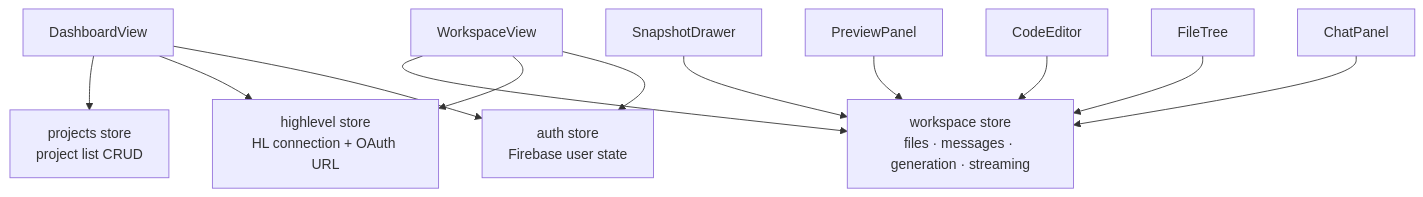
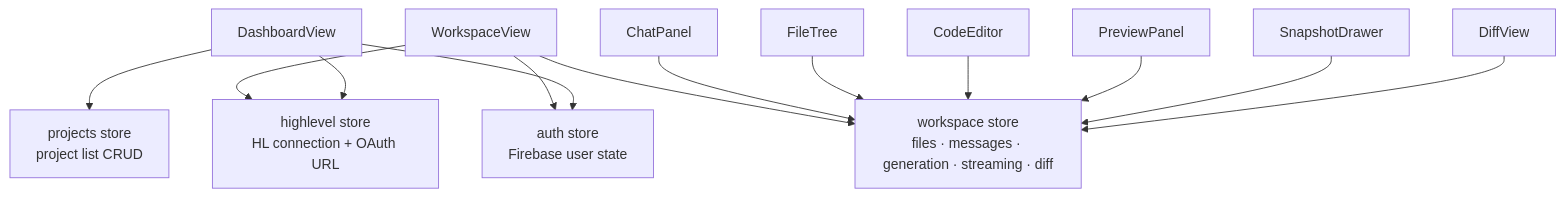
The fourth of 17 diagrams in docs/genesis-architecture.md (kd399/genesis), drawn with Mermaid before and after one commit. The commit also changed other lines of this file and 6 other files, not shown here.

````diff
--- a/docs/genesis-architecture.md
+++ b/docs/genesis-architecture.md
@@ -243,21 +254,22 @@
 ```mermaid
 graph TD
     Auth[auth store\nFirebase user state]
     HL[highlevel store\nHL connection + OAuth URL]
     Projects[projects store\nproject list CRUD]
-    Workspace[workspace store\nfiles · messages · generation · streaming]
+    Workspace[workspace store\nfiles · messages · generation · streaming · diff]
 
     WorkspaceView --> Auth
     WorkspaceView --> HL
     WorkspaceView --> Workspace
 
     DashboardView --> Auth
     DashboardView --> HL
     DashboardView --> Projects
 
     ChatPanel --> Workspace
     FileTree --> Workspace
     CodeEditor --> Workspace
     PreviewPanel --> Workspace
     SnapshotDrawer --> Workspace
+    DiffView --> Workspace
 ```
````
